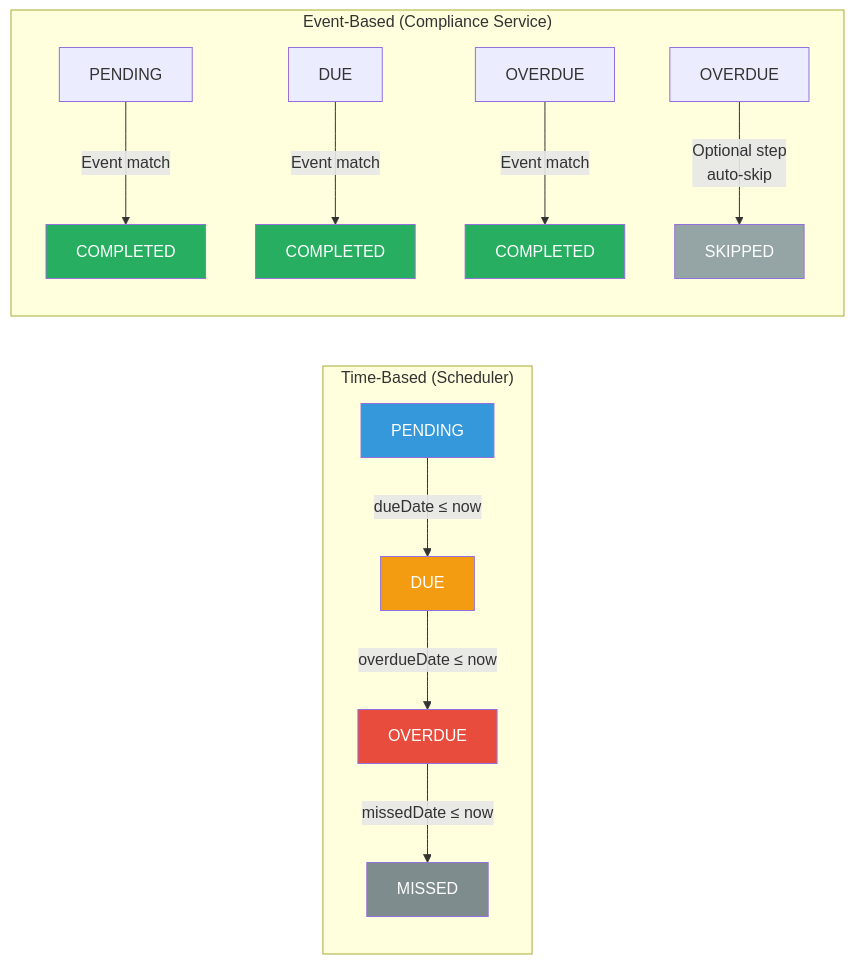
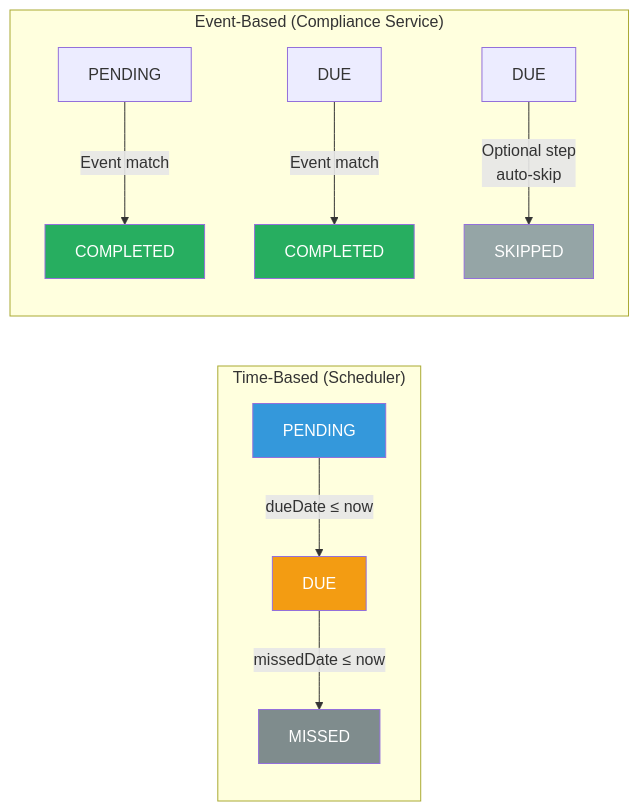
The fourth of 5 diagrams in docs/flow-diagrams.md (Jayaprakash8887/cce-scheduler-service), drawn with Mermaid before and after one commit. The commit also changed other lines of this file and 17 other files, not shown here.

````diff
--- a/docs/flow-diagrams.md
+++ b/docs/flow-diagrams.md
@@ -120,24 +117,20 @@
 ```mermaid
 graph LR
     subgraph "Time-Based (Scheduler)"
         P["PENDING"] -->|"dueDate ≤ now"| D["DUE"]
-        D -->|"overdueDate ≤ now"| O["OVERDUE"]
-        O -->|"missedDate ≤ now"| M["MISSED"]
+        D -->|"missedDate ≤ now"| M["MISSED"]
     end
 
     subgraph "Event-Based (Compliance Service)"
         P2["PENDING"] -->|"Event match"| C["COMPLETED"]
         D2["DUE"] -->|"Event match"| C2["COMPLETED"]
-        O2["OVERDUE"] -->|"Event match"| C3["COMPLETED"]
-        O3["OVERDUE"] -->|"Optional step<br/>auto-skip"| S["SKIPPED"]
+        D3["DUE"] -->|"Optional step<br/>auto-skip"| S["SKIPPED"]
     end
 
     style P fill:#3498DB,color:white
     style D fill:#F39C12,color:white
-    style O fill:#E74C3C,color:white
     style M fill:#7F8C8D,color:white
     style C fill:#27AE60,color:white
     style C2 fill:#27AE60,color:white
-    style C3 fill:#27AE60,color:white
     style S fill:#95A5A6,color:white
 ```
````
